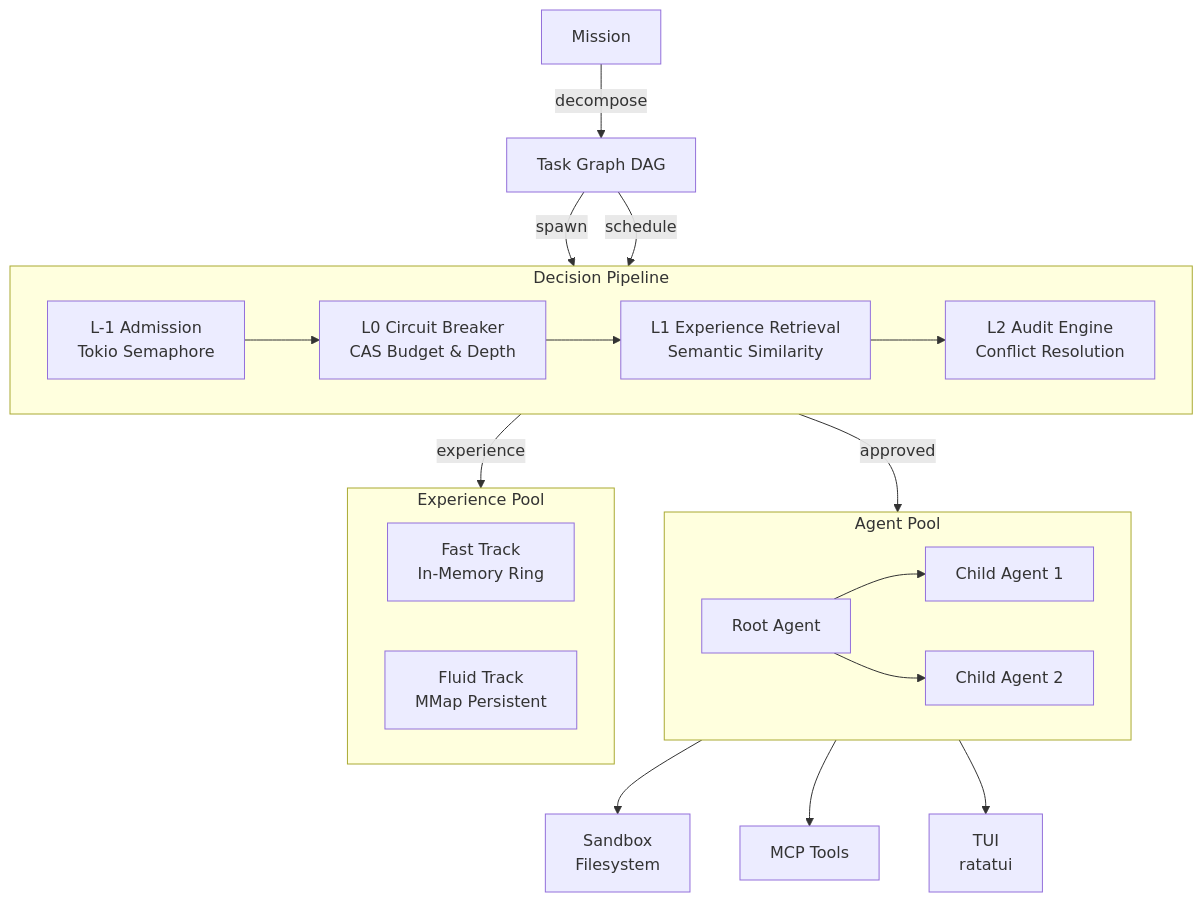
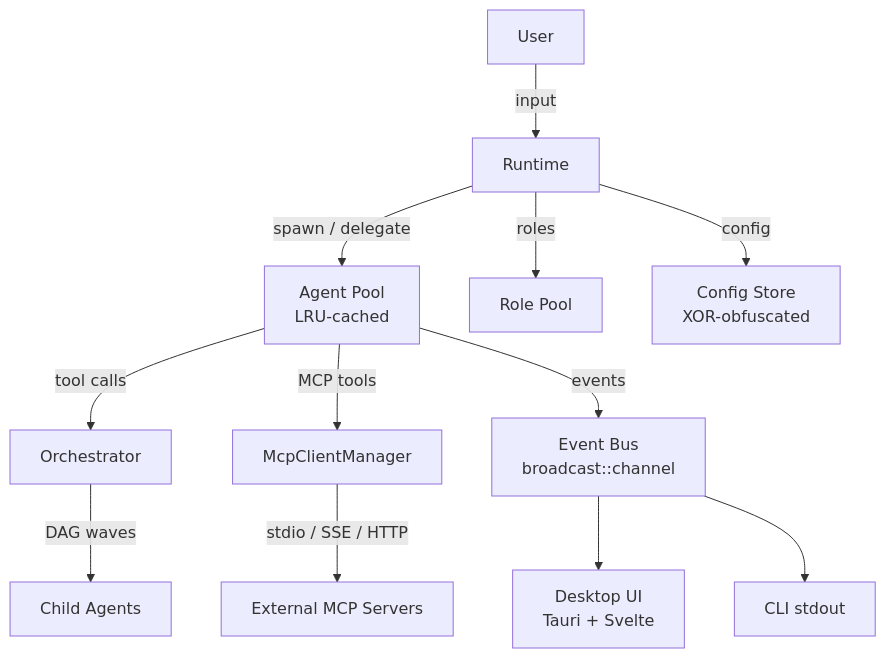
Before and after one commit to Yoimiya-Naganohara/workflow: the first of 4 diagrams in README.md, drawn with Mermaid. The commit also changed other lines of this file and 3 other files, not shown here.

First line of the commit message:
docs: update README to reflect current architecture and crate map

````diff
--- a/README.md
+++ b/README.md
@@ -25,34 +25,18 @@
 ```mermaid
 flowchart TB
-    Mission -->|decompose| TaskGraph[Task Graph DAG]
-    TaskGraph -->|spawn| DecisionPipeline
-    TaskGraph -->|schedule| DecisionPipeline
+    User -->|input| Runtime[Runtime]
+    Runtime -->|spawn / delegate| AgentPool[Agent Pool<br/>LRU-cached]
+    Runtime -->|roles| RolePool[Role Pool]
 
-    subgraph DecisionPipeline[Decision Pipeline]
-        L1[L-1 Admission<br/>Tokio Semaphore]
-        L0[L0 Circuit Breaker<br/>CAS Budget & Depth]
-        L1e[L1 Experience Retrieval<br/>Semantic Similarity]
-        L2[L2 Audit Engine<br/>Conflict Resolution]
-        L1 --> L0 --> L1e --> L2
-    end
+    AgentPool -->|tool calls| Orchestrate[Orchestrator]
+    Orchestrate -->|DAG waves| ChildAgents[Child Agents]
 
-    DecisionPipeline -->|approved| AgentPool
-    DecisionPipeline -->|experience| ExperiencePool
+    AgentPool -->|MCP tools| MCP[McpClientManager]
+    MCP -->|stdio / SSE / HTTP| External[External MCP Servers]
 
-    subgraph AgentPool[Agent Pool]
-        Root[Root Agent]
-        Child1[Child Agent 1]
-        Child2[Child Agent 2]
-        Root --> Child1
-        Root --> Child2
-    end
+    AgentPool -->|events| Events[Event Bus<br/>broadcast::channel]
+    Events --> UI[Desktop UI<br/>Tauri + Svelte]
+    Events --> CLI[CLI stdout]
 
-    subgraph ExperiencePool[Experience Pool]
-        Fast[Fast Track<br/>In-Memory Ring]
-        Fluid[Fluid Track<br/>MMap Persistent]
-    end
-
-    AgentPool --> Sandbox[Sandbox<br/>Filesystem]
-    AgentPool --> MCPServer[MCP Tools]
-    AgentPool --> TUI[TUI<br/>ratatui]
+    Runtime -->|config| Config[Config Store<br/>XOR-obfuscated]
 ```
````
